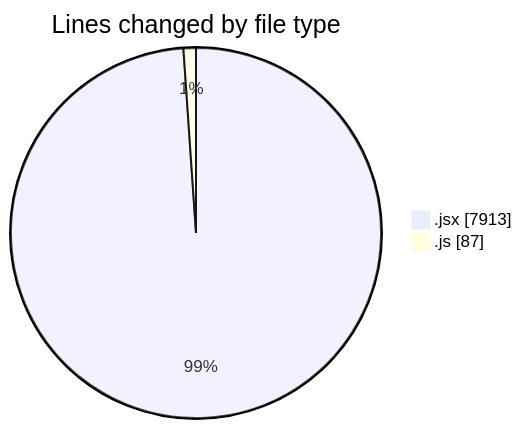
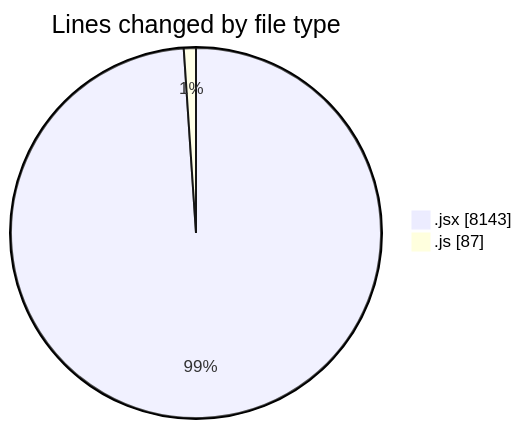
The first of 2 diagrams in 2025-05-27/nxtqube_webapp/README.md (nxtqubesakshisongat/code-tracking), drawn with Mermaid before and after one commit. The commit also changed other lines of this file and 1 other file, not shown here.

````diff
--- a/2025-05-27/nxtqube_webapp/README.md
+++ b/2025-05-27/nxtqube_webapp/README.md
@@ -24,6 +25,6 @@
 ```mermaid
 pie showData
 title Lines changed by file type
-".jsx" : 7913
+".jsx" : 8143
 ".js" : 87
 ```
````
